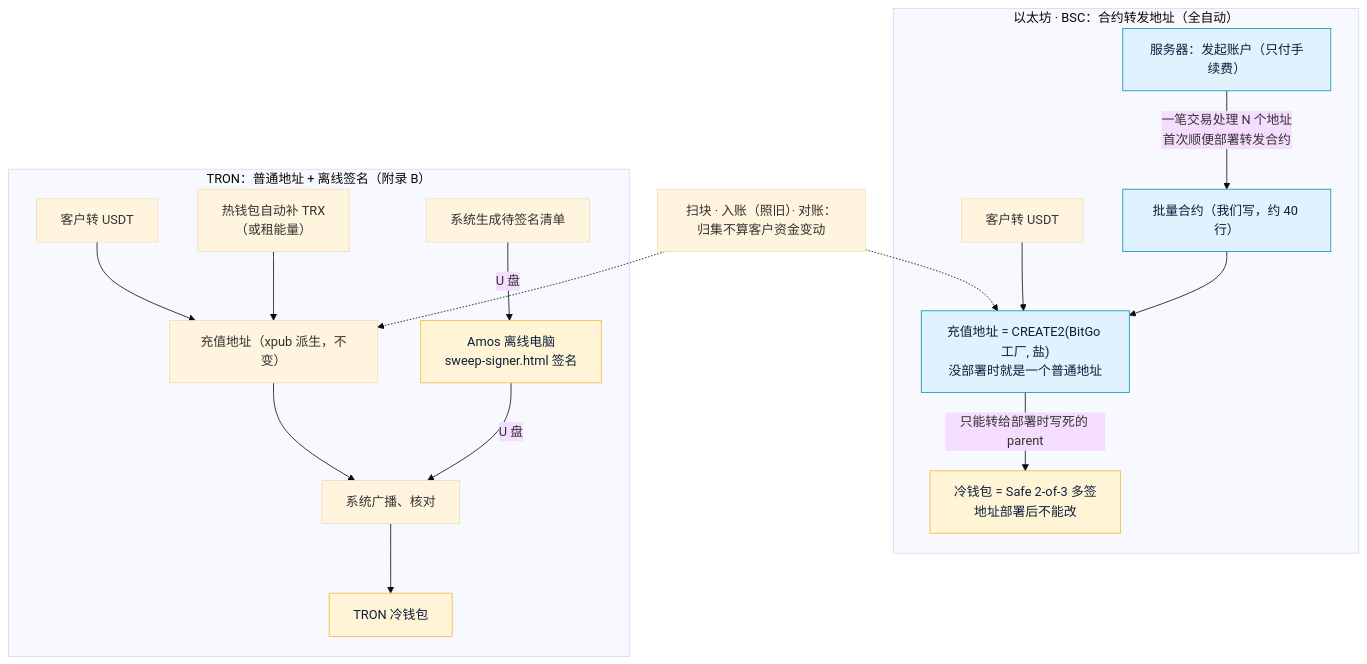
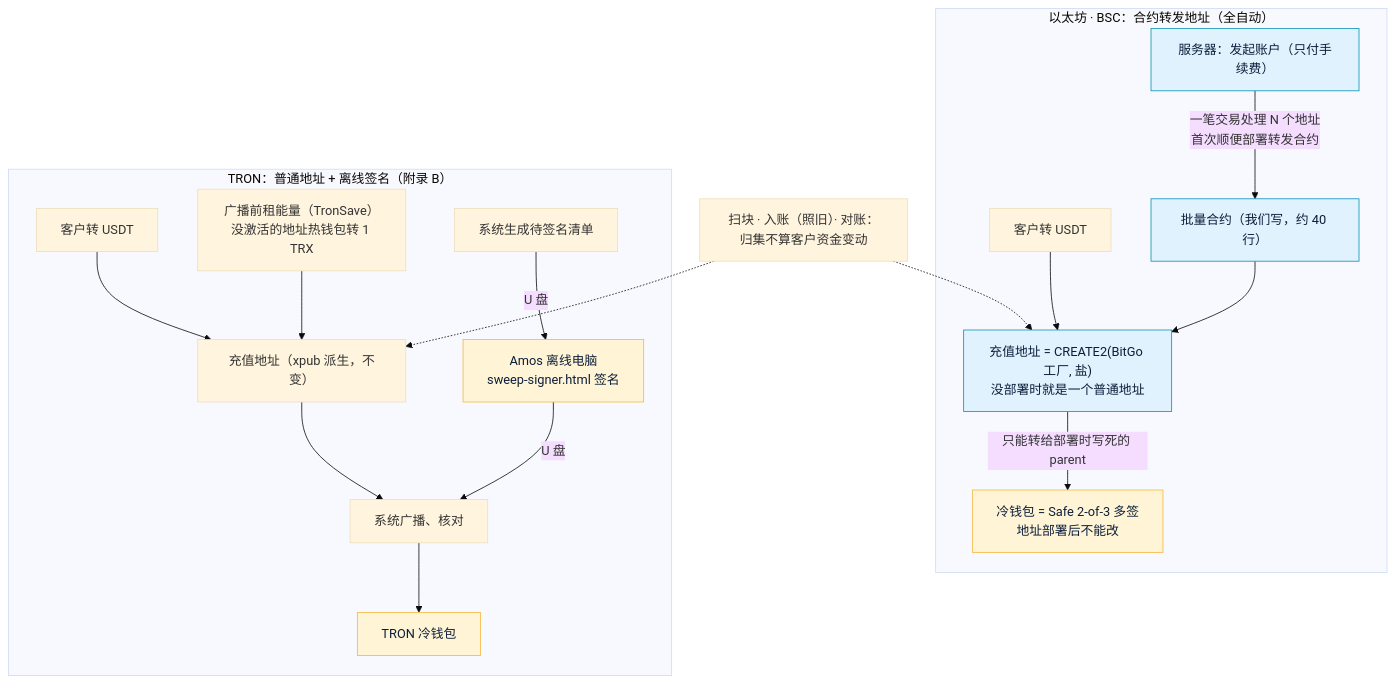
One commit to dollar3651314/falconx-lite changed the first of 2 diagrams in 技术方案/v2-半自动归集.md. Above: the diagram before and after it, drawn with Mermaid (base theme). The commit also changed other lines of this file and 14 other files, not shown here.

````diff
--- a/技术方案/v2-半自动归集.md
+++ b/技术方案/v2-半自动归集.md
@@ -15,22 +29,22 @@
 ```mermaid
 flowchart TD
     subgraph EVM["以太坊 · BSC：合约转发地址（全自动）"]
       U1["客户转 USDT"] --> FA["充值地址 = CREATE2(BitGo 工厂, 盐)<br/>没部署时就是一个普通地址"]
       OP["服务器：发起账户（只付手续费）"] -->|"一笔交易处理 N 个地址<br/>首次顺便部署转发合约"| BT["批量合约（我们写，约 40 行）"]
       BT --> FA
       FA -->|"只能转给部署时写死的 parent"| SAFE["冷钱包 = Safe 2-of-3 多签<br/>地址部署后不能改"]
     end
     subgraph TRON["TRON：普通地址 + 离线签名（附录 B）"]
       U2["客户转 USDT"] --> TA["充值地址（xpub 派生，不变）"]
-      H["热钱包自动补 TRX<br/>（或租能量）"] --> TA
+      H["广播前租能量（TronSave）<br/>没激活的地址热钱包转 1 TRX"] --> TA
       L["系统生成待签名清单"] -->|"U 盘"| OFF["Amos 离线电脑<br/>sweep-signer.html 签名"]
       OFF -->|"U 盘"| BR["系统广播、核对"]
       TA --> BR --> TC["TRON 冷钱包"]
     end
     S["扫块 · 入账（照旧）· 对账：归集不算客户资金变动"] -.-> FA & TA
 
     classDef amos fill:#FFF4D6,stroke:#F5B83D,color:#0B1F3A
     classDef new fill:#E0F2FE,stroke:#0891B2,color:#0B1F3A
     class SAFE,OFF,TC amos
     class OP,BT,FA new
 ```
````
